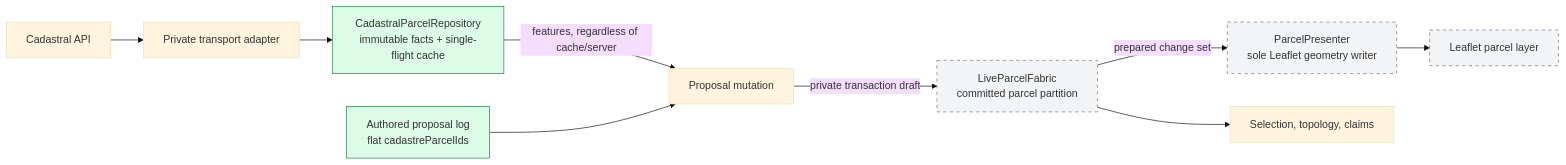
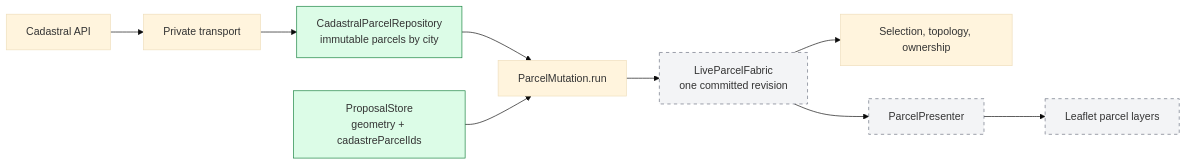
One commit to Poglavar/consensus-builder changed the first of 4 diagrams in rethink-proposals.md. Above: the diagram before and after it, drawn with Mermaid (base theme). The commit also changed other lines of this file and 53 other files, not shown here.

````diff
--- a/rethink-proposals.md
+++ b/rethink-proposals.md
@@ -30,16 +30,16 @@
 ```mermaid
 flowchart LR
-    API["Cadastral API"] --> Transport["Private transport adapter"]
-    Transport --> Repository["CadastralParcelRepository<br/>immutable facts + single-flight cache"]
-    Repository -->|"features, regardless of cache/server"| Mutation["Proposal mutation"]
-    Log["Authored proposal log<br/>flat cadastreParcelIds"] --> Mutation
-    Mutation -->|"private transaction draft"| Fabric["LiveParcelFabric<br/>committed parcel partition"]
-    Fabric -->|"prepared change set"| Presenter["ParcelPresenter<br/>sole Leaflet geometry writer"]
-    Presenter --> Map["Leaflet parcel layer"]
-    Fabric --> Selection["Selection, topology, claims"]
+    API["Cadastral API"] --> Transport["Private transport"]
+    Transport --> Repository["CadastralParcelRepository<br/>immutable parcels by city"]
+    Repository --> Mutation["ParcelMutation.run"]
+    Proposals["ProposalStore<br/>geometry + cadastreParcelIds"] --> Mutation
+    Mutation --> Fabric["LiveParcelFabric<br/>one committed revision"]
+    Fabric --> Domain["Selection, topology, ownership"]
+    Fabric --> Presenter["ParcelPresenter"]
+    Presenter --> Leaflet["Leaflet parcel layers"]
 
     classDef durable fill:#dcfce7,stroke:#15803d
     classDef derived fill:#f3f4f6,stroke:#6b7280,stroke-dasharray: 5 5
-    class Repository,Log durable
-    class Fabric,Presenter,Map derived
+    class Repository,Proposals durable
+    class Fabric,Presenter,Leaflet derived
 ```
````
